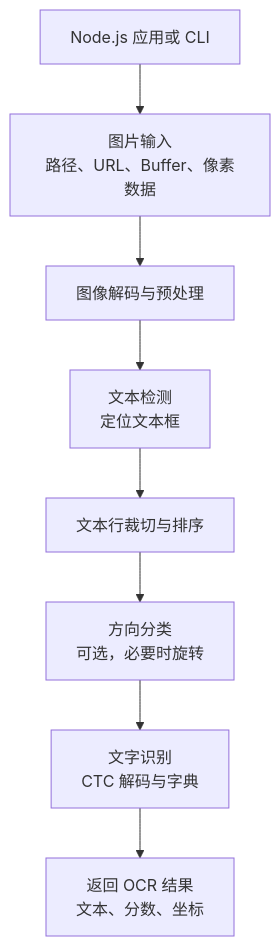
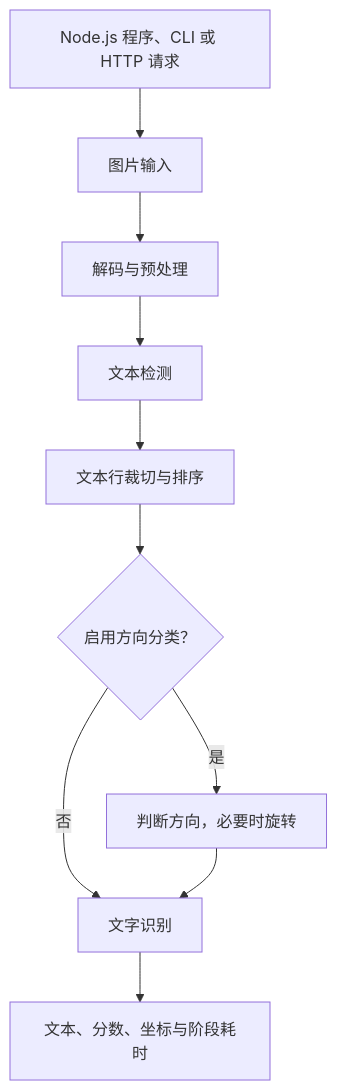
One commit to OSpoon/RapidOCRNode changed the diagram in README.md. Above: the diagram before and after it, drawn with Mermaid. The commit also changed other lines of this file, not shown here.

Commit message:
docs: clarify README usage and HTTP API

````diff
--- a/README.md
+++ b/README.md
@@ -50,10 +341,12 @@
-```mermaid
+~~~mermaid
 flowchart TD
-  A[Node.js 应用或 CLI] --> B[图片输入<br/>路径、URL、Buffer、像素数据]
-  B --> C[图像解码与预处理]
-  C --> D[文本检测<br/>定位文本框]
+  A[Node.js 程序、CLI 或 HTTP 请求] --> B[图片输入]
+  B --> C[解码与预处理]
+  C --> D[文本检测]
   D --> E[文本行裁切与排序]
-  E --> F[方向分类<br/>可选，必要时旋转]
-  F --> G[文字识别<br/>CTC 解码与字典]
-  G --> H[返回 OCR 结果<br/>文本、分数、坐标]
-```
+  E --> F{启用方向分类？}
+  F -- 是 --> G[判断方向，必要时旋转]
+  F -- 否 --> H[文字识别]
+  G --> H
+  H --> I[文本、分数、坐标与阶段耗时]
+~~~
````
